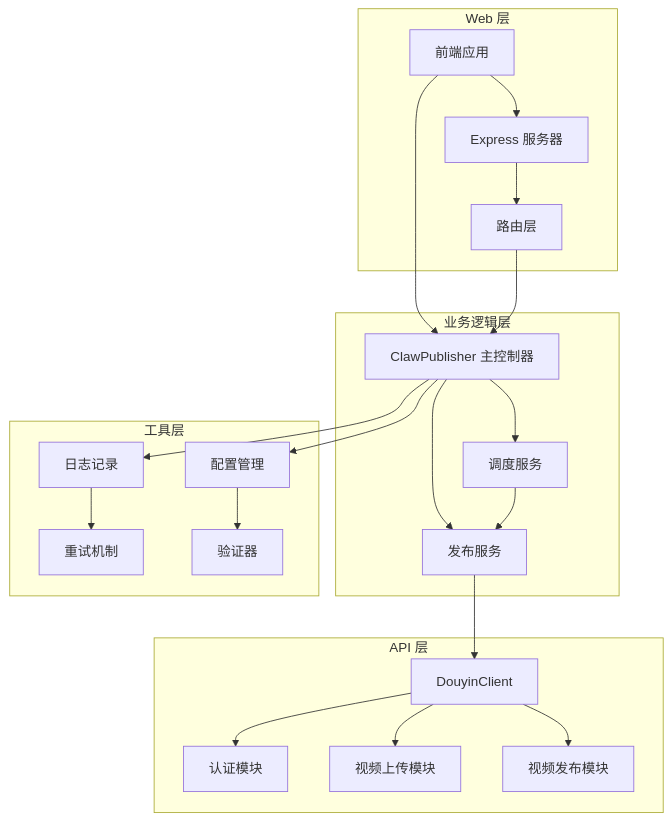
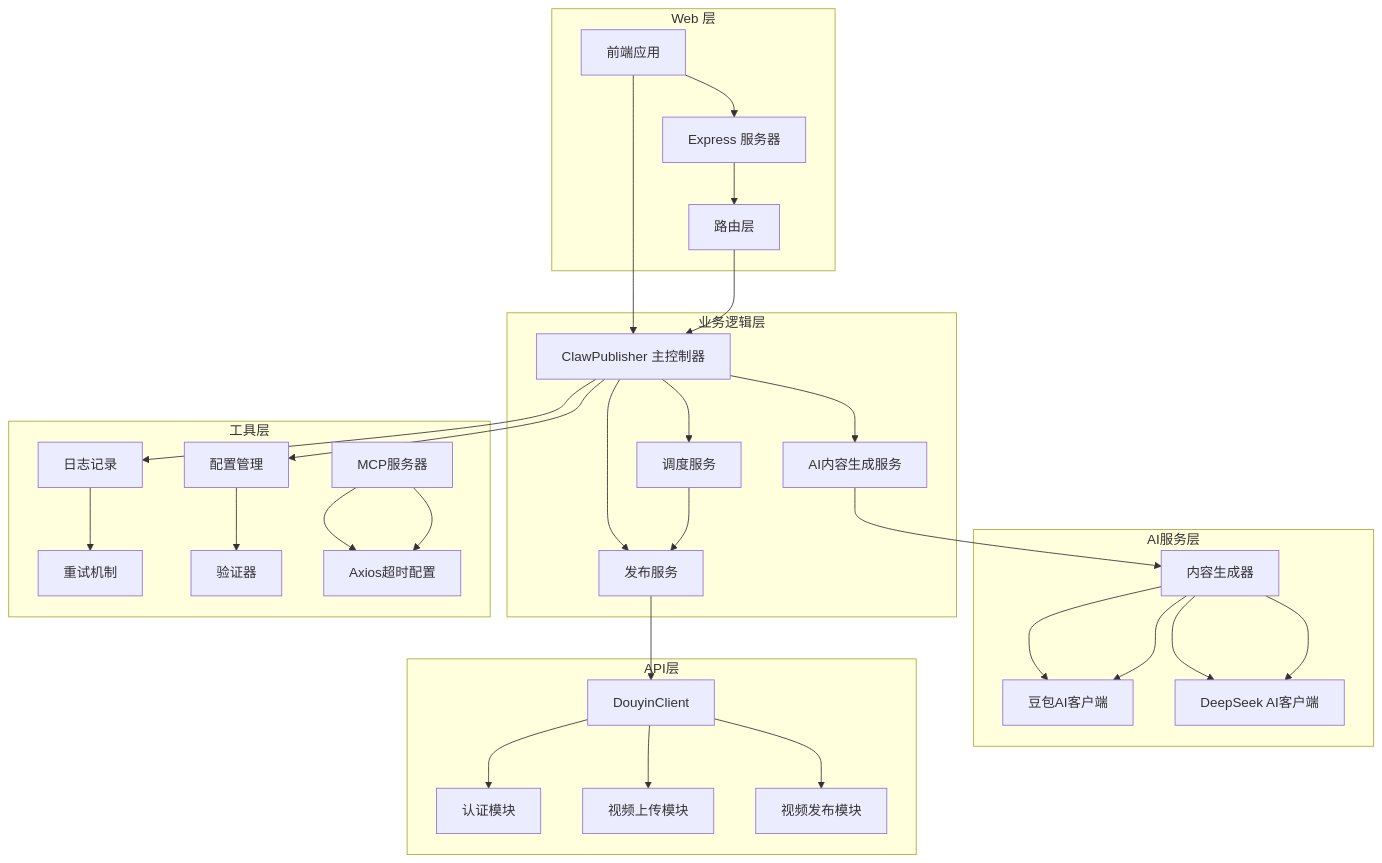
One commit to songdiyang/clawOperations changed the first of 11 diagrams in .qoder/repowiki/zh/content/核心模块详解/定时调度服务模块/调度服务系统.md. Above: the diagram before and after it, drawn with Mermaid. The commit also changed other lines of this file and 10 other files, not shown here.

````diff
--- a/.qoder/repowiki/zh/content/核心模块详解/定时调度服务模块/调度服务系统.md
+++ b/.qoder/repowiki/zh/content/核心模块详解/定时调度服务模块/调度服务系统.md
@@ -50,26 +65,36 @@
 ```mermaid
 graph TB
 subgraph "Web 层"
 A[前端应用] --> B[Express 服务器]
 B --> C[路由层]
 end
 subgraph "业务逻辑层"
 D[ClawPublisher 主控制器] --> E[发布服务]
 D --> F[调度服务]
+D --> G[AI内容生成服务]
 end
-subgraph "API 层"
-G[DouyinClient] --> H[认证模块]
-G --> I[视频上传模块]
-G --> J[视频发布模块]
+subgraph "AI服务层"
+H[内容生成器] --> I[豆包AI客户端]
+H --> J[DeepSeek AI客户端]
+end
+subgraph "API层"
+K[DouyinClient] --> L[认证模块]
+K --> M[视频上传模块]
+K --> N[视频发布模块]
 end
 subgraph "工具层"
-K[日志记录] --> L[重试机制]
-M[配置管理] --> N[验证器]
+O[日志记录] --> P[重试机制]
+Q[配置管理] --> R[验证器]
+S[MCP服务器] --> T[Axios超时配置]
 end
 A --> D
 C --> D
-E --> G
+E --> K
 F --> E
-D --> K
-D --> M
+G --> H
+H --> I
+H --> J
+D --> O
+D --> Q
+S --> T
 ```
````
